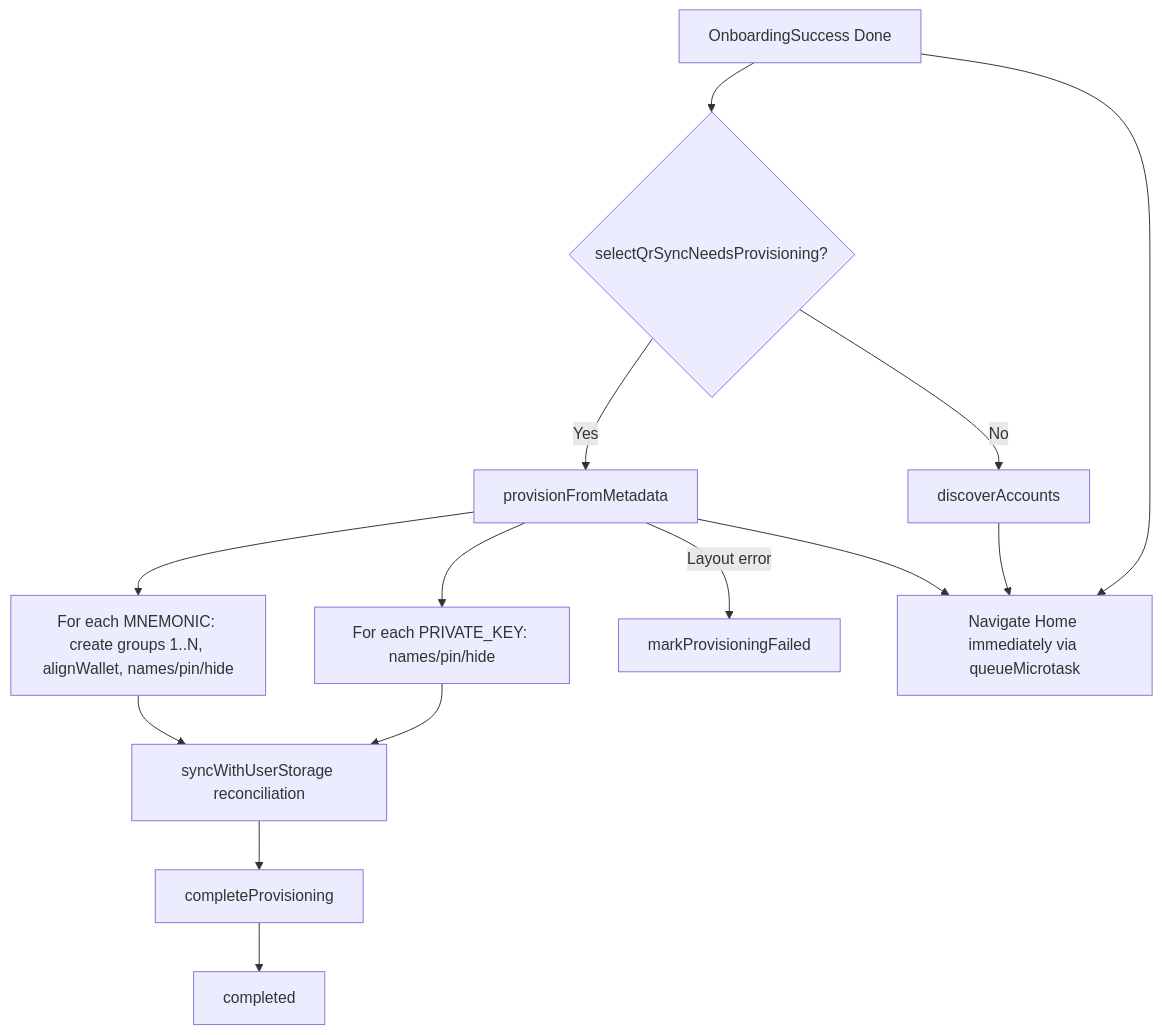
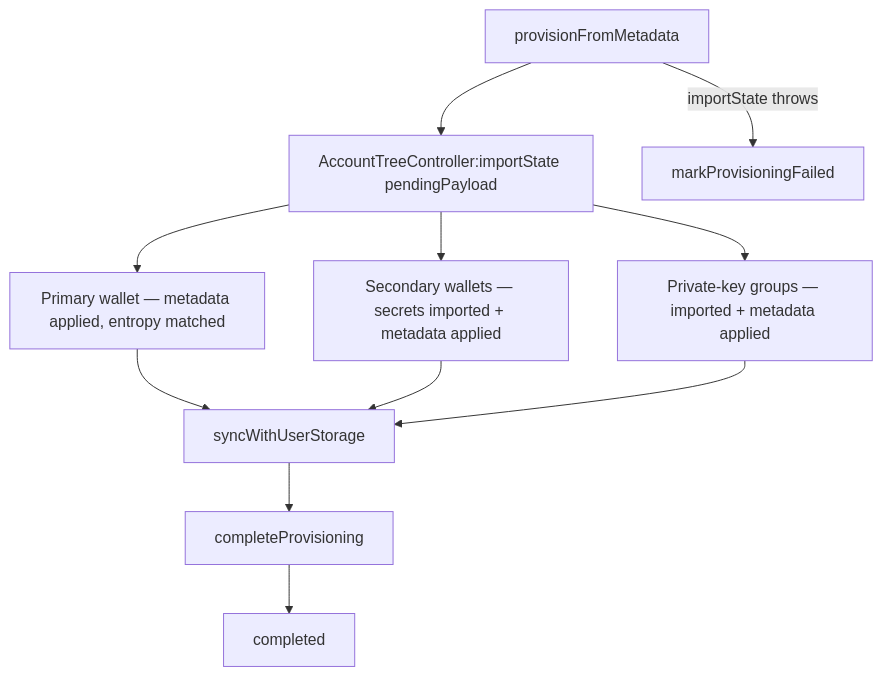
One commit to MetaMask/metamask-mobile changed the fourth of 4 diagrams in docs/qr-sync/provisioning-technical.md. Above: the diagram before and after it, drawn with Mermaid. The commit also changed other lines of this file and 1 other file, not shown here.

````diff
--- a/docs/qr-sync/provisioning-technical.md
+++ b/docs/qr-sync/provisioning-technical.md
@@ -298,16 +255,13 @@
 ```mermaid
 flowchart TD
-    A[OnboardingSuccess Done] --> B{selectQrSyncNeedsProvisioning?}
-    B -->|Yes| C[provisionFromMetadata]
-    B -->|No| D[discoverAccounts]
-    C --> E[For each MNEMONIC: create groups 1..N, alignWallet, names/pin/hide]
-    C --> F[For each PRIVATE_KEY: names/pin/hide]
-    E --> R[syncWithUserStorage reconciliation]
-    F --> R
+    A[provisionFromMetadata] --> B[AccountTreeController:importState pendingPayload]
+    B --> C[Primary wallet — metadata applied, entropy matched]
+    B --> D[Secondary wallets — secrets imported + metadata applied]
+    B --> E[Private-key groups — imported + metadata applied]
+    C --> R[syncWithUserStorage]
+    D --> R
+    E --> R
     R --> G[completeProvisioning]
     G --> I[completed]
-    C -->|Layout error| H[markProvisioningFailed]
-    A --> J[Navigate Home immediately via queueMicrotask]
-    D --> J
-    C --> J
+    A -->|importState throws| H[markProvisioningFailed]
 ```
````
